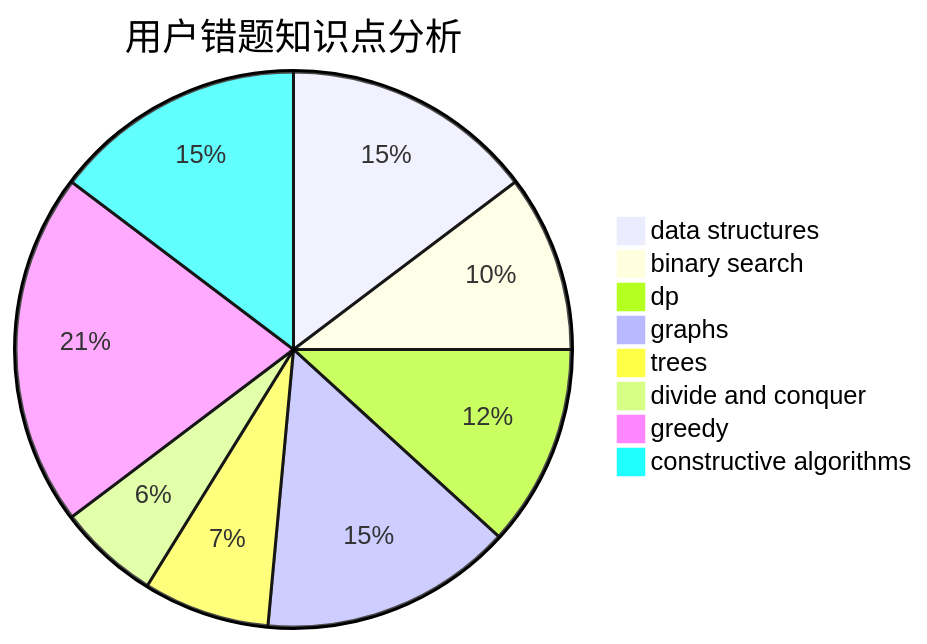
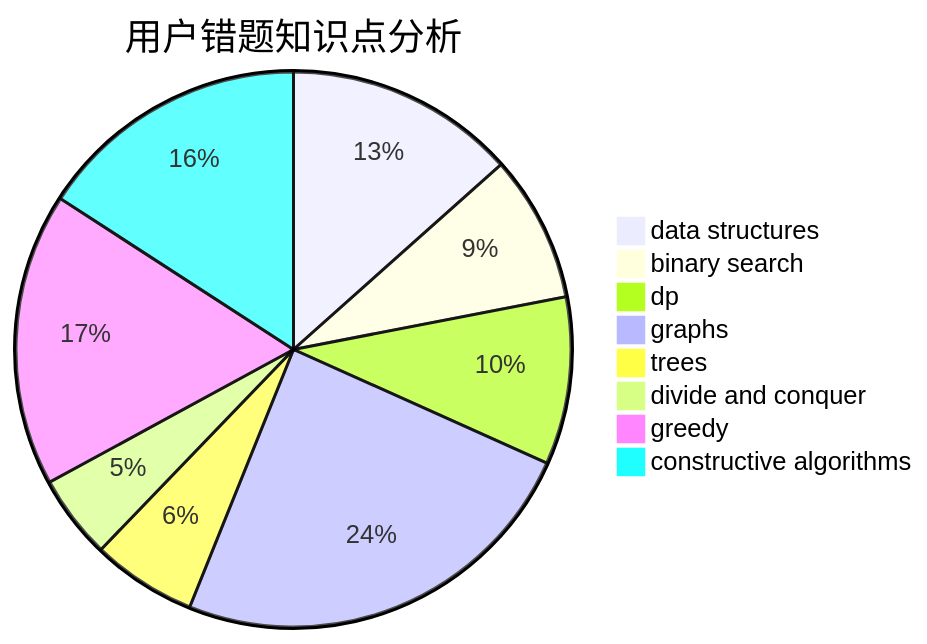
Before and after one commit to sherpahu/cfrs.github.io: the third of 3 diagrams in docs/user/u116.md, drawn with Mermaid. The commit also changed other lines of this file and 2770 other files, not shown here.

````diff
--- a/docs/user/u116.md
+++ b/docs/user/u116.md
@@ -36,11 +36,11 @@
 ```mermaid
 pie title 用户错题知识点分析
-    "data structures" :  10
+    "data structures" :  11
     "binary search" :  7
     "dp" :  8
-    "graphs" :  10
+    "graphs" :  20
     "trees" :  5
     "divide and conquer" :  4
     "greedy" :  14
-    "constructive algorithms" :  10
+    "constructive algorithms" :  13
 ```
````
